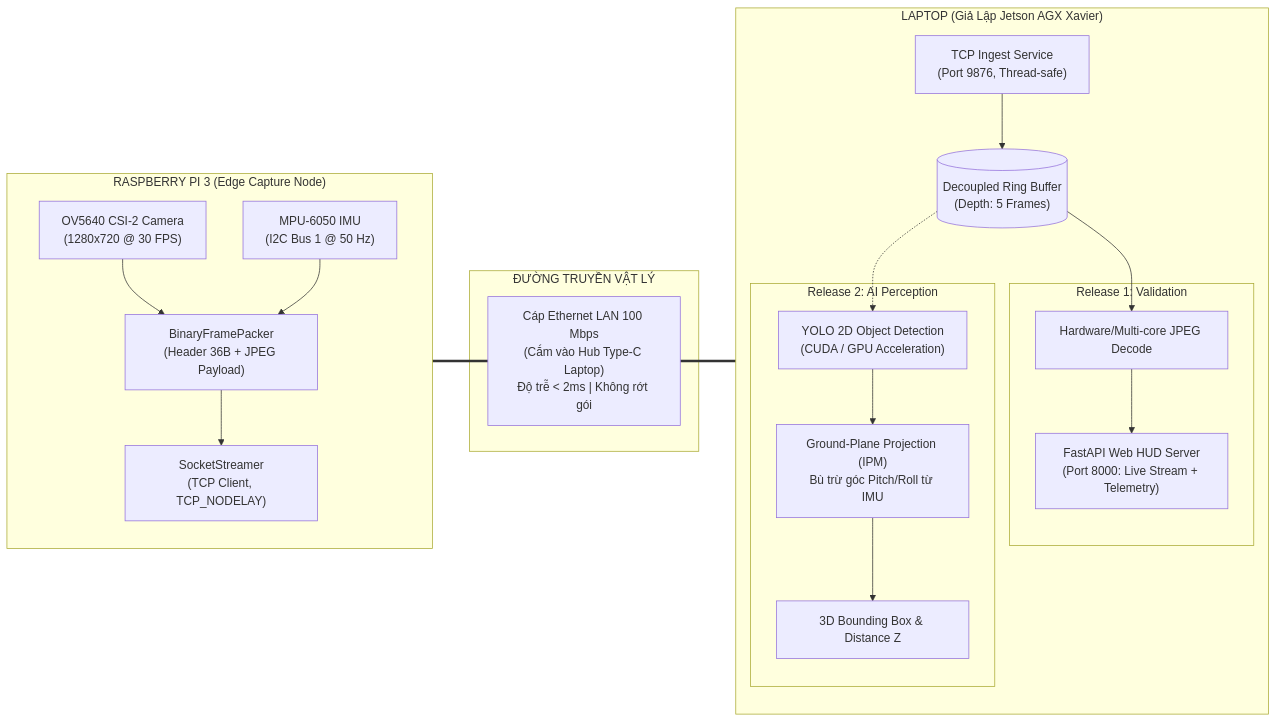
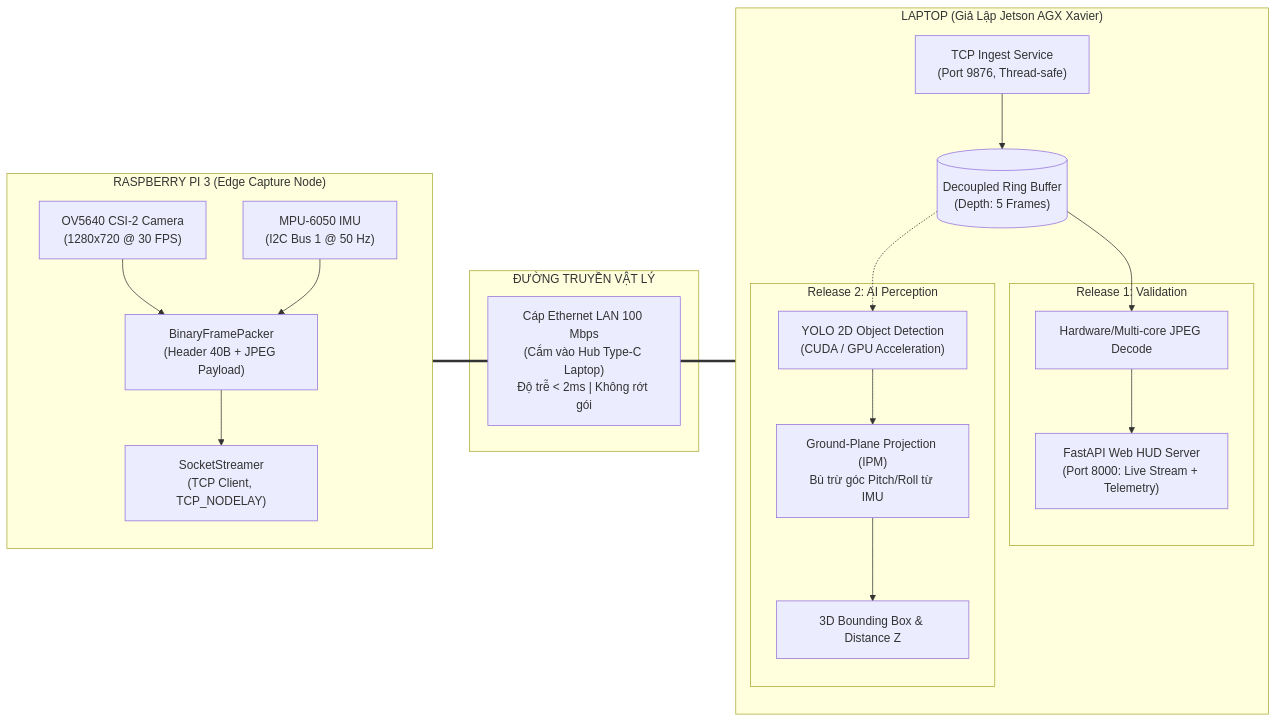
Before and after one commit to phamvantienkiz/monocular-spatial-vision: the first of 2 diagrams in docs/implementation/release-1/guide/06-laptop-simulation-and-ethernet-streaming-plan.md, drawn with Mermaid. The commit also changed other lines of this file and 19 other files, not shown here.

````diff
--- a/docs/implementation/release-1/guide/06-laptop-simulation-and-ethernet-streaming-plan.md
+++ b/docs/implementation/release-1/guide/06-laptop-simulation-and-ethernet-streaming-plan.md
@@ -30,41 +30,41 @@
 ```mermaid
 flowchart LR
     subgraph NODE_PI["RASPBERRY PI 3 (Edge Capture Node)"]
         direction TB
         HW_CAM["OV5640 CSI-2 Camera<br/>(1280x720 @ 30 FPS)"]
         HW_IMU["MPU-6050 IMU<br/>(I2C Bus 1 @ 50 Hz)"]
-        PACKER["BinaryFramePacker<br/>(Header 36B + JPEG Payload)"]
+        PACKER["BinaryFramePacker<br/>(Header 40B + JPEG Payload)"]
         STREAMER["SocketStreamer<br/>(TCP Client, TCP_NODELAY)"]
 
         HW_CAM --> PACKER
         HW_IMU --> PACKER
         PACKER --> STREAMER
     end
 
     subgraph NETWORK["ĐƯỜNG TRUYỀN VẬT LÝ"]
         ETH_LINK["Cáp Ethernet LAN 100 Mbps<br/>(Cắm vào Hub Type-C Laptop)<br/>Độ trễ < 2ms | Không rớt gói"]
     end
 
     subgraph NODE_LAPTOP["LAPTOP (Giả Lập Jetson AGX Xavier)"]
         direction TB
         INGEST["TCP Ingest Service<br/>(Port 9876, Thread-safe)"]
         RING_BUF[("Decoupled Ring Buffer<br/>(Depth: 5 Frames)")]
         
         subgraph RELEASE1["Release 1: Validation"]
             DECODE["Hardware/Multi-core JPEG Decode"]
             HUD_SRV["FastAPI Web HUD Server<br/>(Port 8000: Live Stream + Telemetry)"]
         end
 
         subgraph RELEASE2["Release 2: AI Perception"]
             YOLO["YOLO 2D Object Detection<br/>(CUDA / GPU Acceleration)"]
             GEOM["Ground-Plane Projection (IPM)<br/>Bù trừ góc Pitch/Roll từ IMU"]
             BBOX3D["3D Bounding Box & Distance Z"]
         end
 
         INGEST --> RING_BUF
         RING_BUF --> DECODE --> HUD_SRV
         RING_BUF -.-> YOLO --> GEOM --> BBOX3D
     end
 
     STREAMER === ETH_LINK === INGEST
 ```
````
